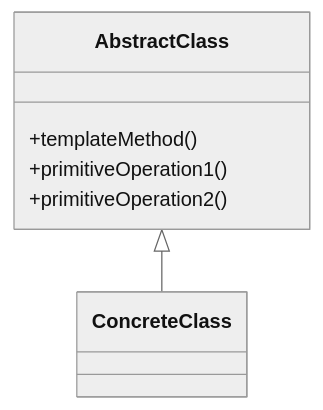
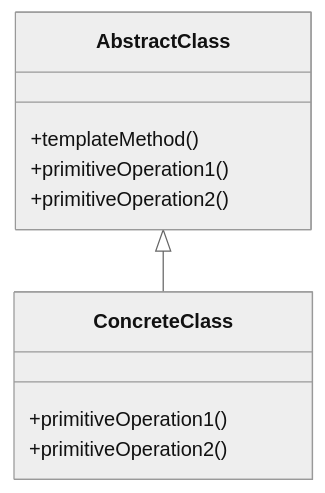
Diagram 22 of 23 in DESIGN_PATTERN.md (zhangshi0512/Leetcode), drawn with Mermaid (neutral theme) before and after one commit. The commit also changed other lines of this file, not shown here.

Commit message:
UML Fixed

````diff
--- a/DESIGN_PATTERN.md
+++ b/DESIGN_PATTERN.md
@@ -246,7 +264,15 @@
 ```mermaid
 classDiagram
-    AbstractClass : +templateMethod()
-    AbstractClass : +primitiveOperation1()
-    AbstractClass : +primitiveOperation2()
+    class AbstractClass {
+        +templateMethod()
+        +primitiveOperation1()
+        +primitiveOperation2()
+    }
+
+    class ConcreteClass {
+        +primitiveOperation1()
+        +primitiveOperation2()
+    }
+
     AbstractClass <|-- ConcreteClass
 ```
````
